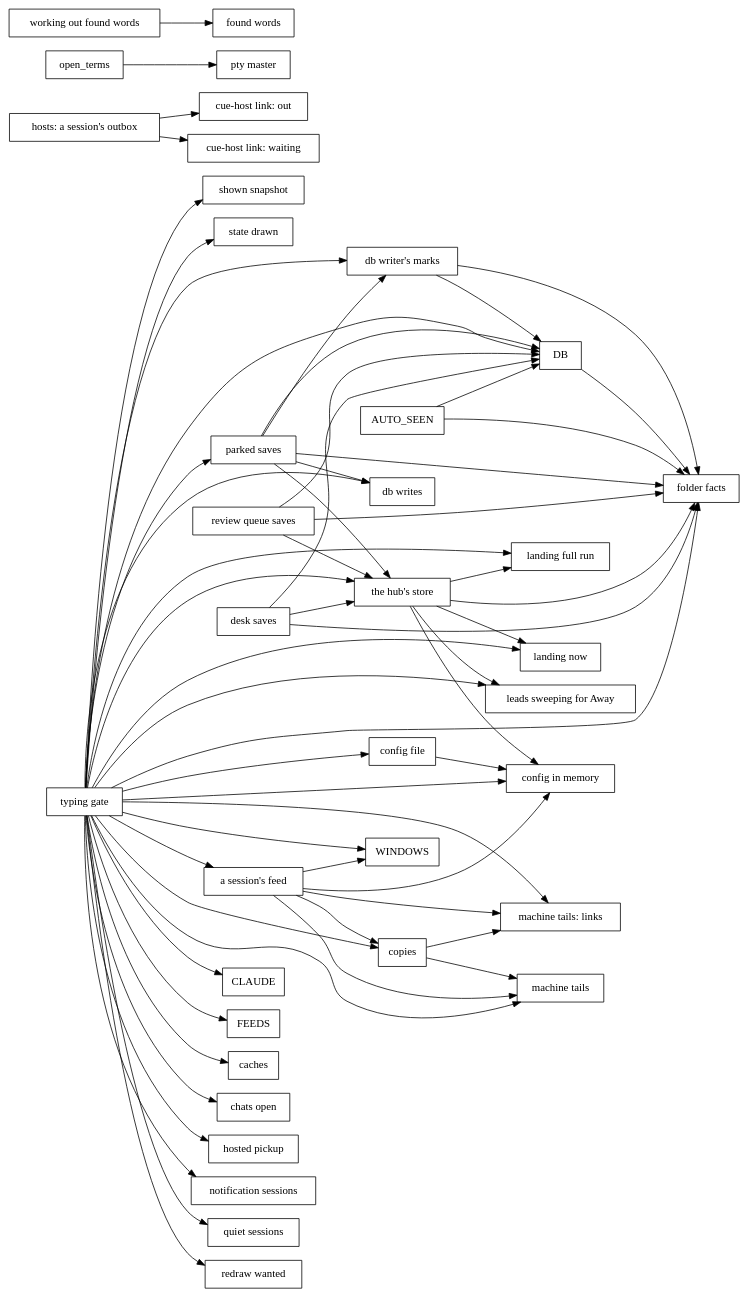
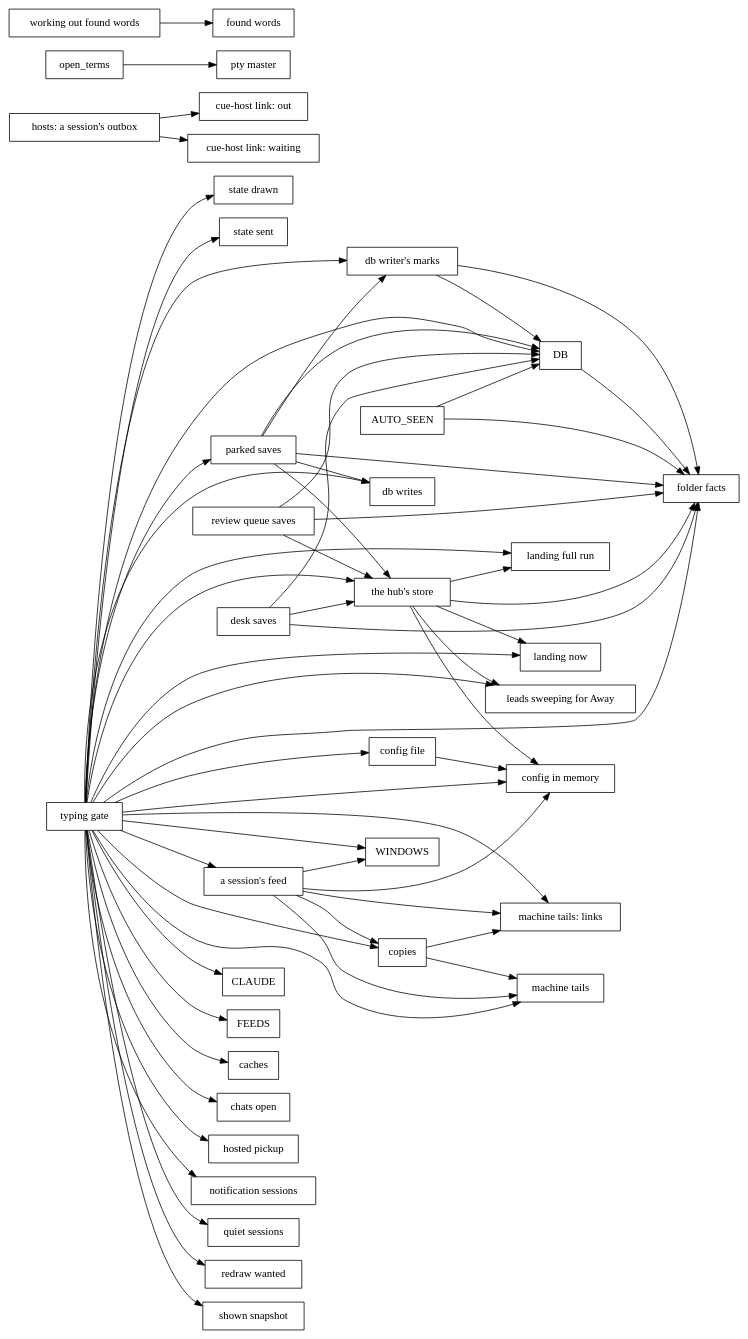
The diagram in docs/dev/lock-graph.dot (spacegrowth/cue), drawn with Graphviz before and after one commit. The commit also changed 2 other files, not shown here.

Commit message:
The code check allows #794's state sent lock under the typing gate, with its reason; inventory regenerated (#809)

```diff
--- a/docs/dev/lock-graph.dot
+++ b/docs/dev/lock-graph.dot
@@ -1,64 +1,65 @@
 // Generated by `cargo run -p xtask -- inventory`; don't edit by hand.
 digraph locks {
   rankdir=LR;
   node [shape=box];
   "AUTO_SEEN" -> "DB";
   "AUTO_SEEN" -> "folder facts";
   "DB" -> "folder facts";
   "a session's feed" -> "WINDOWS";
   "a session's feed" -> "config in memory";
   "a session's feed" -> "copies";
   "a session's feed" -> "machine tails";
   "a session's feed" -> "machine tails: links";
   "config file" -> "config in memory";
   "copies" -> "machine tails";
   "copies" -> "machine tails: links";
   "db writer's marks" -> "DB";
   "db writer's marks" -> "folder facts";
   "desk saves" -> "DB";
   "desk saves" -> "folder facts";
   "desk saves" -> "the hub's store";
   "hosts: a session's outbox" -> "cue-host link: out";
   "hosts: a session's outbox" -> "cue-host link: waiting";
   "open_terms" -> "pty master";
   "parked saves" -> "DB";
   "parked saves" -> "db writer's marks";
   "parked saves" -> "db writes";
   "parked saves" -> "folder facts";
   "parked saves" -> "the hub's store";
   "review queue saves" -> "DB";
   "review queue saves" -> "folder facts";
   "review queue saves" -> "the hub's store";
   "the hub's store" -> "config in memory";
   "the hub's store" -> "folder facts";
   "the hub's store" -> "landing full run";
   "the hub's store" -> "landing now";
   "the hub's store" -> "leads sweeping for Away";
   "typing gate" -> "CLAUDE";
   "typing gate" -> "DB";
   "typing gate" -> "FEEDS";
   "typing gate" -> "WINDOWS";
   "typing gate" -> "a session's feed";
   "typing gate" -> "caches";
   "typing gate" -> "chats open";
   "typing gate" -> "config file";
   "typing gate" -> "config in memory";
   "typing gate" -> "copies";
   "typing gate" -> "db writer's marks";
   "typing gate" -> "db writes";
   "typing gate" -> "folder facts";
   "typing gate" -> "hosted pickup";
   "typing gate" -> "landing full run";
   "typing gate" -> "landing now";
   "typing gate" -> "leads sweeping for Away";
   "typing gate" -> "machine tails";
   "typing gate" -> "machine tails: links";
   "typing gate" -> "notification sessions";
   "typing gate" -> "parked saves";
   "typing gate" -> "quiet sessions";
   "typing gate" -> "redraw wanted";
   "typing gate" -> "shown snapshot";
   "typing gate" -> "state drawn";
+  "typing gate" -> "state sent";
   "typing gate" -> "the hub's store";
   "working out found words" -> "found words";
 }
```
